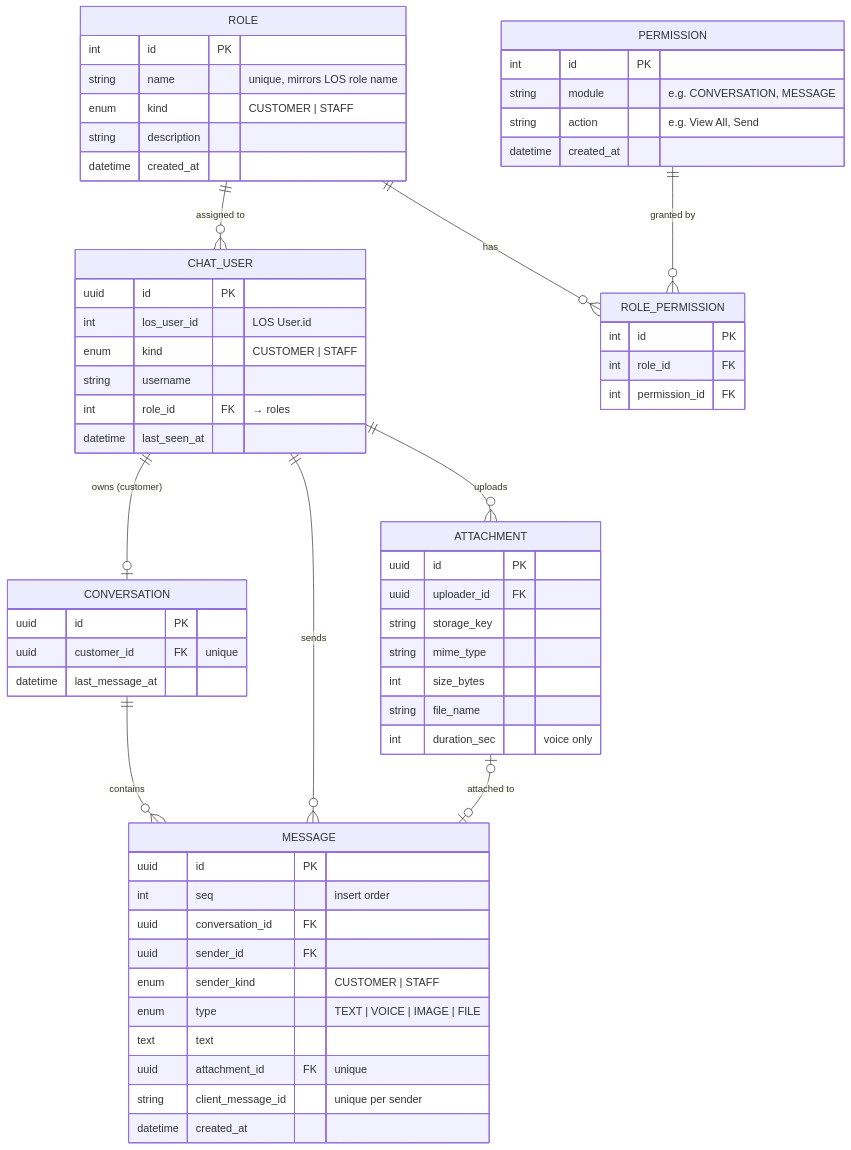
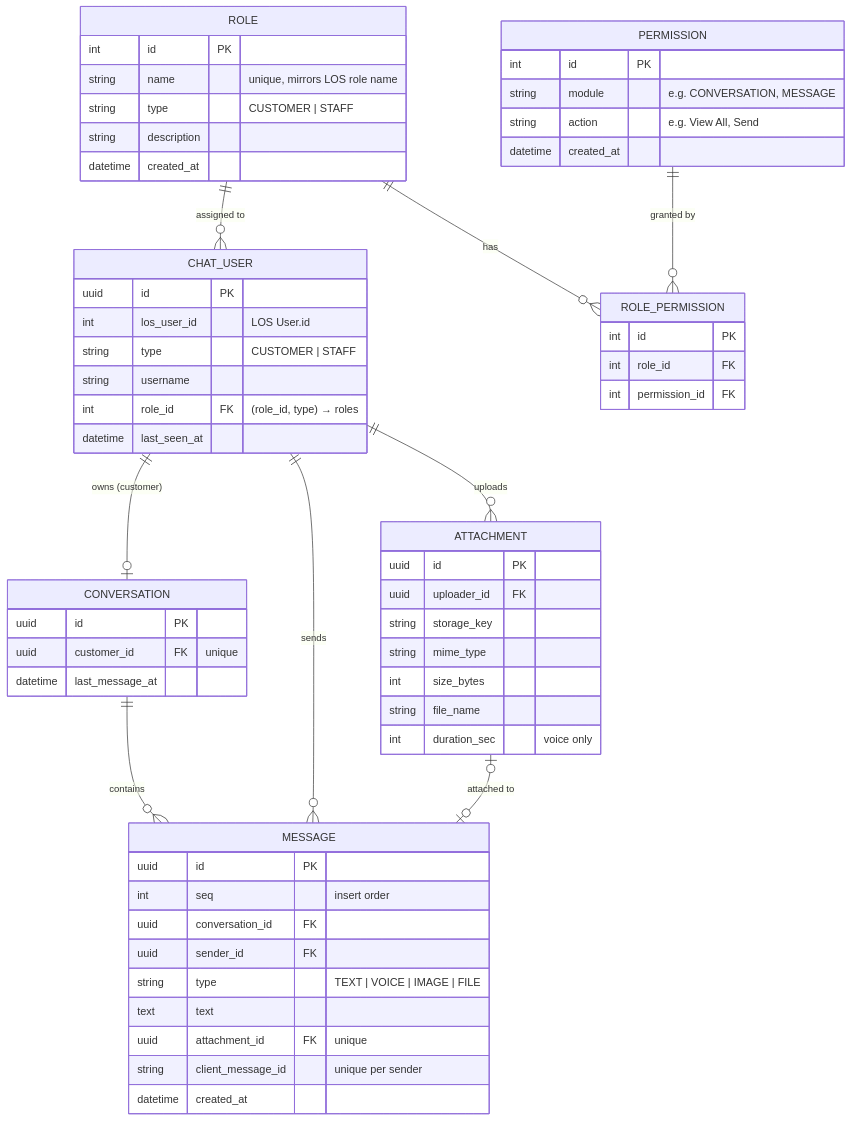
One commit to panhavathGit/chat_system changed the third of 3 diagrams in docs/backend/features/milestone_1.md. Above: the diagram before and after it, drawn with Mermaid. The commit also changed other lines of this file and 42 other files, not shown here.

Commit message:
auth add refresh token table, remove enum user type to validate via constant value, and create openApi

````diff
--- a/docs/backend/features/milestone_1.md
+++ b/docs/backend/features/milestone_1.md
@@ -79,64 +79,63 @@
 ```mermaid
 erDiagram
   ROLE ||--o{ CHAT_USER : "assigned to"
   ROLE ||--o{ ROLE_PERMISSION : "has"
   PERMISSION ||--o{ ROLE_PERMISSION : "granted by"
   CHAT_USER ||--o| CONVERSATION : "owns (customer)"
   CONVERSATION ||--o{ MESSAGE : contains
   CHAT_USER ||--o{ MESSAGE : sends
   CHAT_USER ||--o{ ATTACHMENT : uploads
   ATTACHMENT |o--o| MESSAGE : "attached to"
 
   ROLE {
     int id PK
     string name "unique, mirrors LOS role name"
-    enum kind "CUSTOMER | STAFF"
+    string type "CUSTOMER | STAFF"
     string description
     datetime created_at
   }
   PERMISSION {
     int id PK
     string module "e.g. CONVERSATION, MESSAGE"
     string action "e.g. View All, Send"
     datetime created_at
   }
   ROLE_PERMISSION {
     int id PK
     int role_id FK
     int permission_id FK
   }
   CHAT_USER {
     uuid id PK
     int los_user_id "LOS User.id"
-    enum kind "CUSTOMER | STAFF"
+    string type "CUSTOMER | STAFF"
     string username
-    int role_id FK "→ roles"
+    int role_id FK "(role_id, type) → roles"
     datetime last_seen_at
   }
   CONVERSATION {
     uuid id PK
     uuid customer_id FK "unique"
     datetime last_message_at
   }
   MESSAGE {
     uuid id PK
     int seq "insert order"
     uuid conversation_id FK
     uuid sender_id FK
-    enum sender_kind "CUSTOMER | STAFF"
-    enum type "TEXT | VOICE | IMAGE | FILE"
+    string type "TEXT | VOICE | IMAGE | FILE"
     text text
     uuid attachment_id FK "unique"
     string client_message_id "unique per sender"
     datetime created_at
   }
   ATTACHMENT {
     uuid id PK
     uuid uploader_id FK
     string storage_key
     string mime_type
     int size_bytes
     string file_name
     int duration_sec "voice only"
   }
 ```
````
